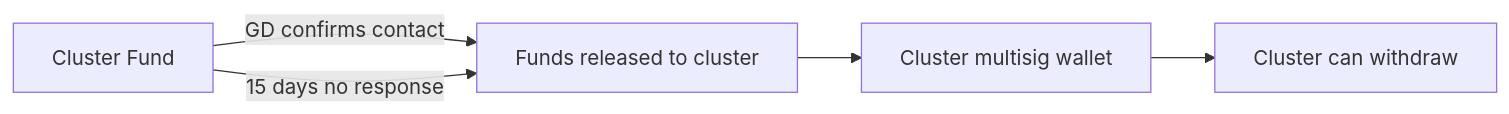
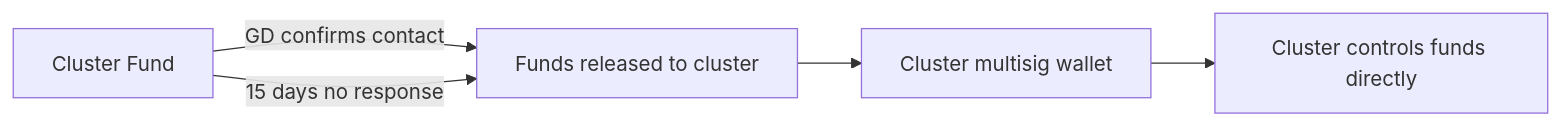
One commit to pasosdeJesus/learn.tg changed the third of 3 diagrams in REQ/155.md. Above: the diagram before and after it, drawn with Mermaid. The commit also changed other lines of this file and 11 other files, not shown here.

````diff
--- a/REQ/155.md
+++ b/REQ/155.md
@@ -111,7 +129,7 @@
 ```mermaid
 flowchart LR
     A[Cluster Fund] -->|GD confirms contact| B[Funds released to cluster]
     A -->|15 days no response| B
     B --> C[Cluster multisig wallet]
-    C --> D[Cluster can withdraw]
+    C --> D[Cluster controls funds directly]
 ```
````
